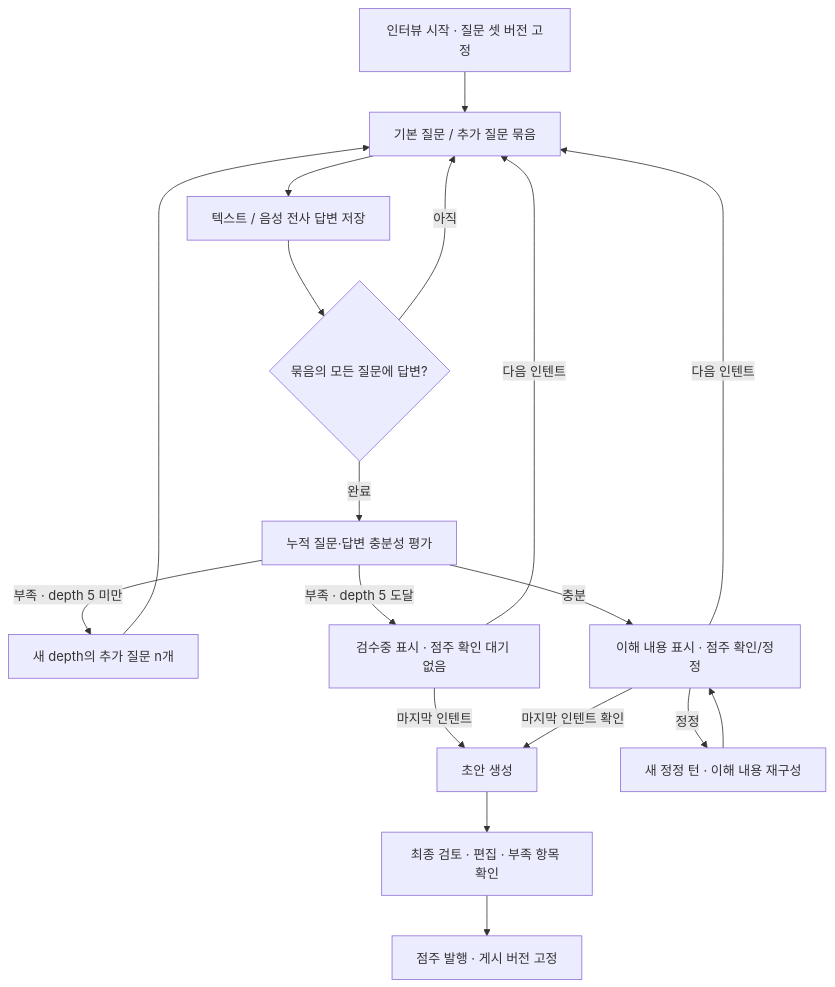
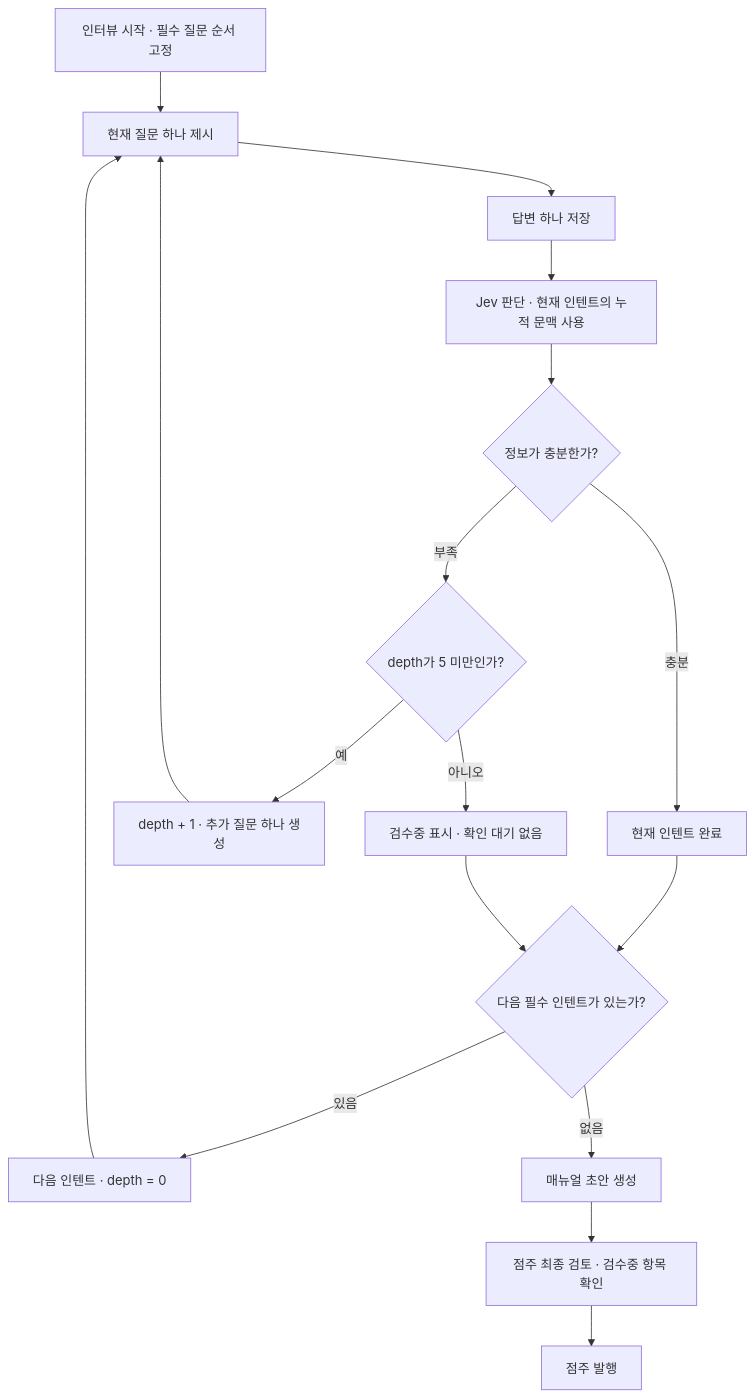
The diagram in back-end/docs/manual-interview-design.md (2026-KW-HACKATHON/29_Jidan), drawn with Mermaid before and after one commit. The commit also changed other lines of this file and 8 other files, not shown here.

````diff
--- a/back-end/docs/manual-interview-design.md
+++ b/back-end/docs/manual-interview-design.md
@@ -13,20 +13,19 @@
 ```mermaid
 flowchart TD
-    A[인터뷰 시작 · 질문 셋 버전 고정] --> B[기본 질문 / 추가 질문 묶음]
-    B --> C[텍스트 / 음성 전사 답변 저장]
-    C --> D{묶음의 모든 질문에 답변?}
-    D -->|아직| B
-    D -->|완료| E[누적 질문·답변 충분성 평가]
-    E -->|부족 · depth 5 미만| F[새 depth의 추가 질문 n개]
-    F --> B
-    E -->|충분| G[이해 내용 표시 · 점주 확인/정정]
-    E -->|부족 · depth 5 도달| L[검수중 표시 · 점주 확인 대기 없음]
-    L -->|다음 인텐트| B
-    L -->|마지막 인텐트| I
-    G -->|정정| H[새 정정 턴 · 이해 내용 재구성]
-    H --> G
-    G -->|다음 인텐트| B
-    G -->|마지막 인텐트 확인| I[초안 생성]
-    I --> J[최종 검토 · 편집 · 부족 항목 확인]
-    J --> K[점주 발행 · 게시 버전 고정]
+    A[인터뷰 시작 · 필수 질문 순서 고정] --> B[현재 질문 하나 제시]
+    B --> C[답변 하나 저장]
+    C --> D[Jev 판단 · 현재 인텐트의 누적 문맥 사용]
+    D --> E{정보가 충분한가?}
+    E -->|충분| F[현재 인텐트 완료]
+    E -->|부족| G{depth가 5 미만인가?}
+    G -->|예| H[depth + 1 · 추가 질문 하나 생성]
+    H --> B
+    G -->|아니오| I[검수중 표시 · 확인 대기 없음]
+    F --> J{다음 필수 인텐트가 있는가?}
+    I --> J
+    J -->|있음| K[다음 인텐트 · depth = 0]
+    K --> B
+    J -->|없음| L[매뉴얼 초안 생성]
+    L --> M[점주 최종 검토 · 검수중 항목 확인]
+    M --> N[점주 발행]
 ```
````
